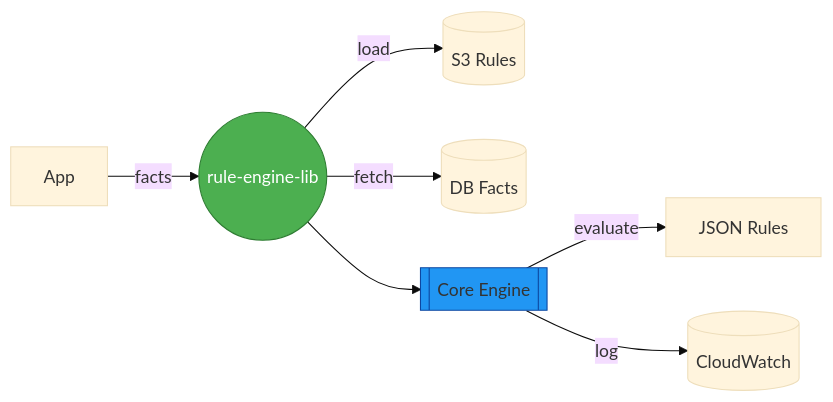
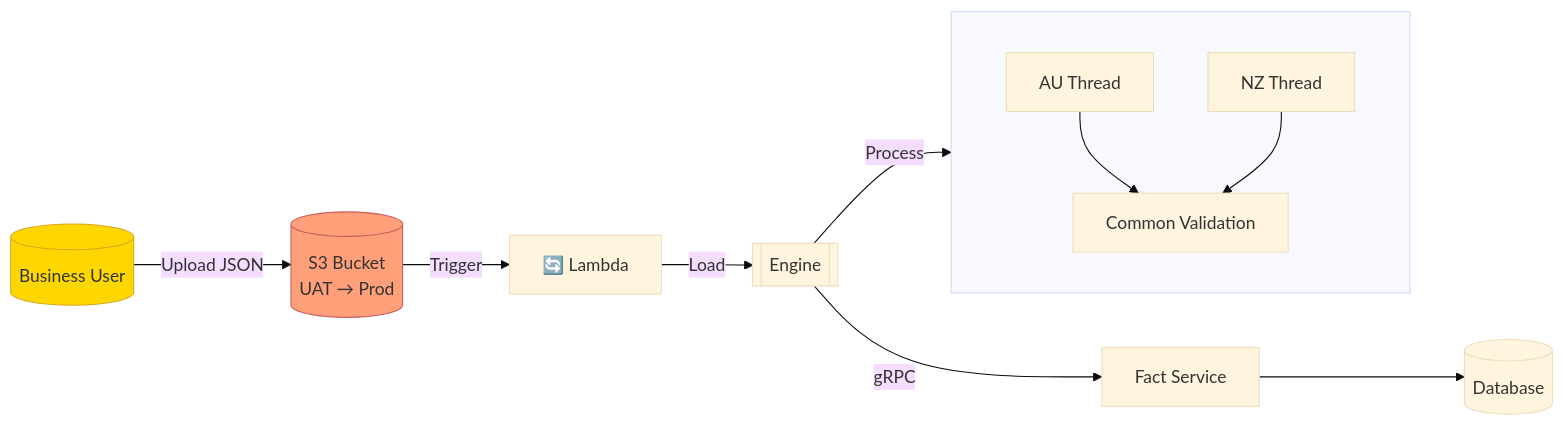
The second of 2 diagrams in README.md (mshailesh/id-generator), drawn with Mermaid (base theme) before and after one commit. The commit also changed other lines of this file, not shown here.

````diff
--- a/README.md
+++ b/README.md
@@ -3144,11 +3111,15 @@
 ```mermaid
 flowchart LR
-    A[App] -->|facts| B(("rule-engine-lib"))
-    B -->|load| C[(S3 Rules)]
-    B -->|fetch| D[(DB Facts)]
-    B --> E[[Core Engine]]
-    E -->|evaluate| F[JSON Rules]
-    E -->|log| G[(CloudWatch)]
-    style B fill:#4CAF50,stroke:#2E7D32,color:white
-    style E fill:#2196F3,stroke:#0D47A1
+    B[("Business User")] -->|Upload JSON| S3[(S3 Bucket\nUAT → Prod)]
+    S3 -->|Trigger| L[🔄 Lambda]
+    L -->|Load| E[[Engine]]
+    E -->|gRPC| F[Fact Service]
+    F --> DB[(Database)]
+    E -->|Process| M[Market Segments]
+    subgraph M[" "]
+        direction TB
+        AU[AU Thread] & NZ[NZ Thread] --> C[Common Validation]
+    end
+    style B fill:#FFD700,stroke:#DAA520
+    style S3 fill:#FFA07A,stroke:#CD5C5B
 ```
````
